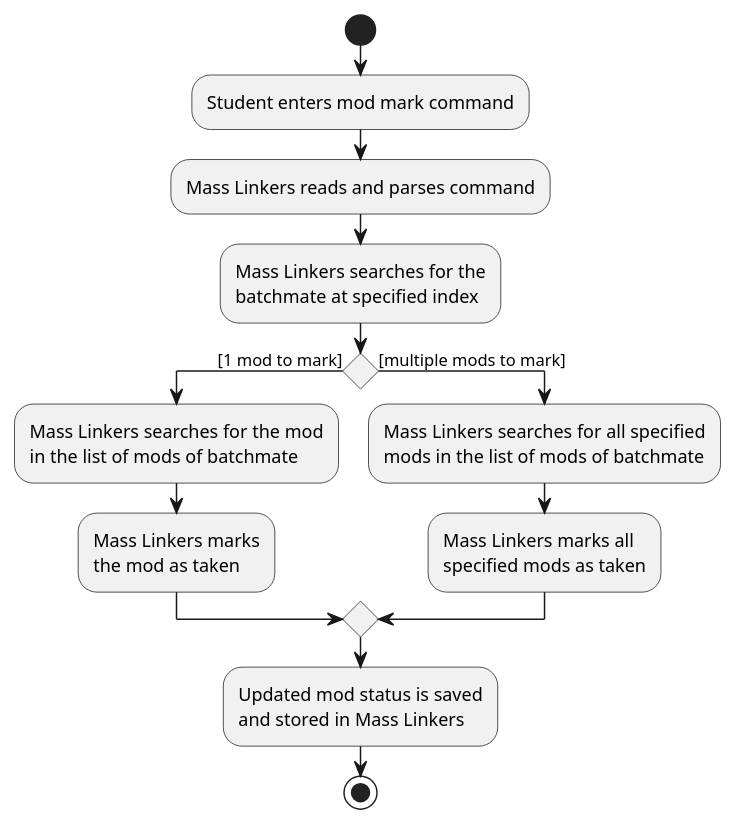
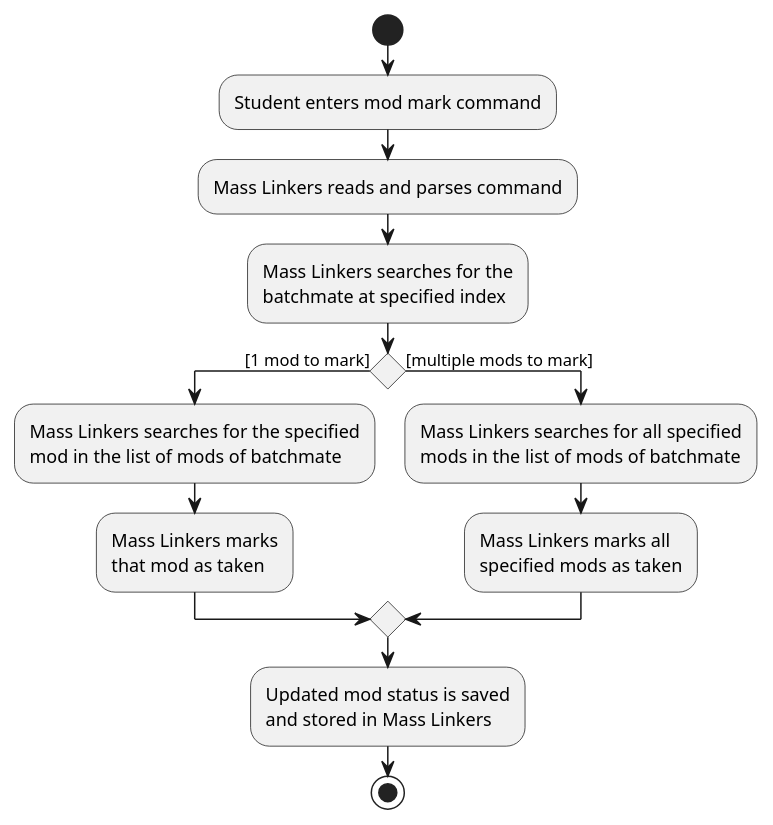
Before and after one commit to nus-cs2103-AY2223S1/tp: the diagram in docs/diagrams/ModMarkActivityDiagram.puml, drawn with PlantUML. The commit also changed 3 other files, not shown here.

First line of the commit message:
Update DG mod mark activity diagram

```diff
--- a/docs/diagrams/ModMarkActivityDiagram.puml
+++ b/docs/diagrams/ModMarkActivityDiagram.puml
@@ -1,24 +1,24 @@
 @startuml
 'https://plantuml.com/activity-diagram-beta
 
 start
 :Student enters mod mark command;
 :Mass Linkers reads and parses command;
 :Mass Linkers searches for the
 batchmate at specified index;
 if () then ([1 mod to mark])
-    :Mass Linkers searches for the mod
-    in the list of mods of batchmate;
+    :Mass Linkers searches for the specified
+    mod in the list of mods of batchmate;
     :Mass Linkers marks
-    the mod as taken;
+    that mod as taken;
 else ([multiple mods to mark])
     :Mass Linkers searches for all specified
     mods in the list of mods of batchmate;
     :Mass Linkers marks all
     specified mods as taken;
 endif
 :Updated mod status is saved
 and stored in Mass Linkers;
 stop
 
 @enduml
```
